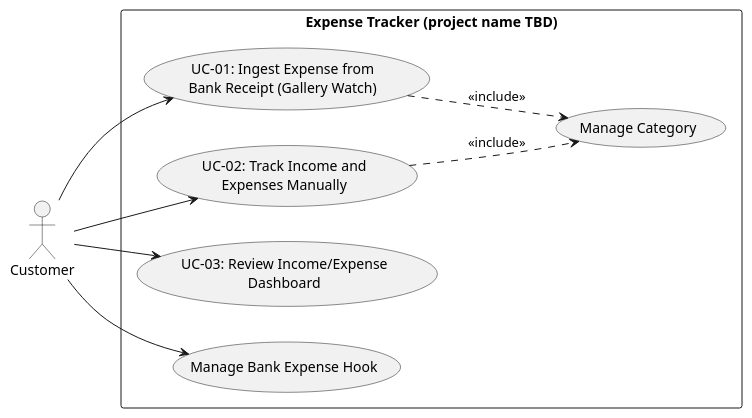
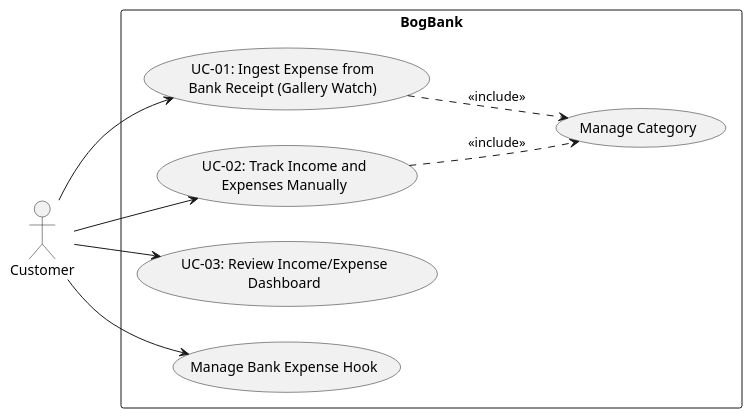
One commit to moomaideng/bogbank changed the diagram in docs/use-case-diagram.puml. Above: the diagram before and after it, drawn with PlantUML. The commit also changed 1 other file, not shown here.

Commit message:
docs: finalize project name

```diff
--- a/docs/use-case-diagram.puml
+++ b/docs/use-case-diagram.puml
@@ -1,22 +1,22 @@
 @startuml use-case-diagram
 left to right direction
 
 actor Customer
 
-rectangle "Expense Tracker (project name TBD)" {
+rectangle "BogBank" {
   usecase "UC-01: Ingest Expense from\nBank Receipt (Gallery Watch)" as UC01
   usecase "UC-02: Track Income and\nExpenses Manually" as UC02
   usecase "UC-03: Review Income/Expense\nDashboard" as UC03
   usecase "Manage Bank Expense Hook" as UCHook
   usecase "Manage Category" as UCCat
 }
 
 Customer --> UC01
 Customer --> UC02
 Customer --> UC03
 Customer --> UCHook
 
 UC01 ..> UCCat : <<include>>
 UC02 ..> UCCat : <<include>>
 
 @enduml
```
